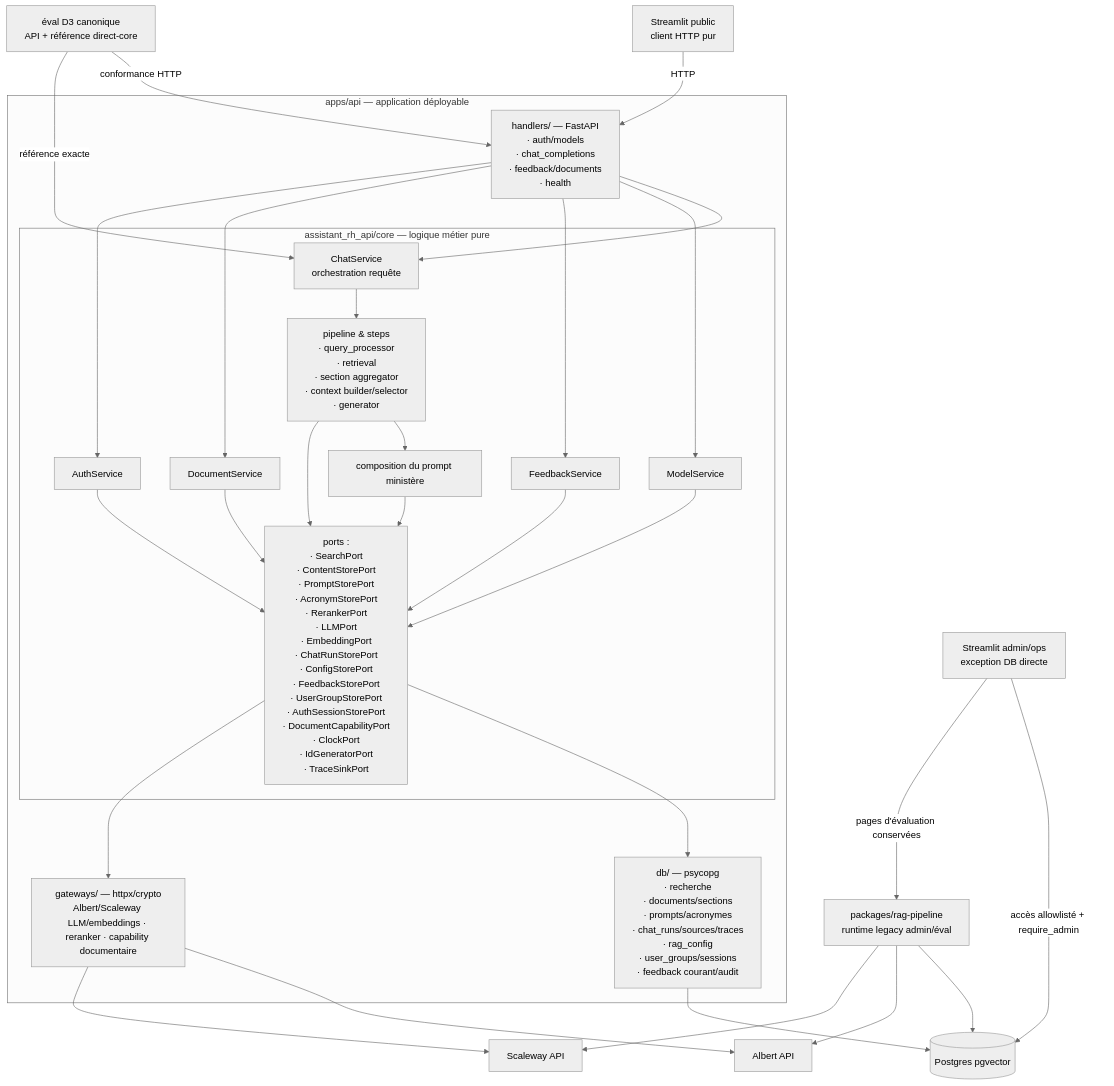
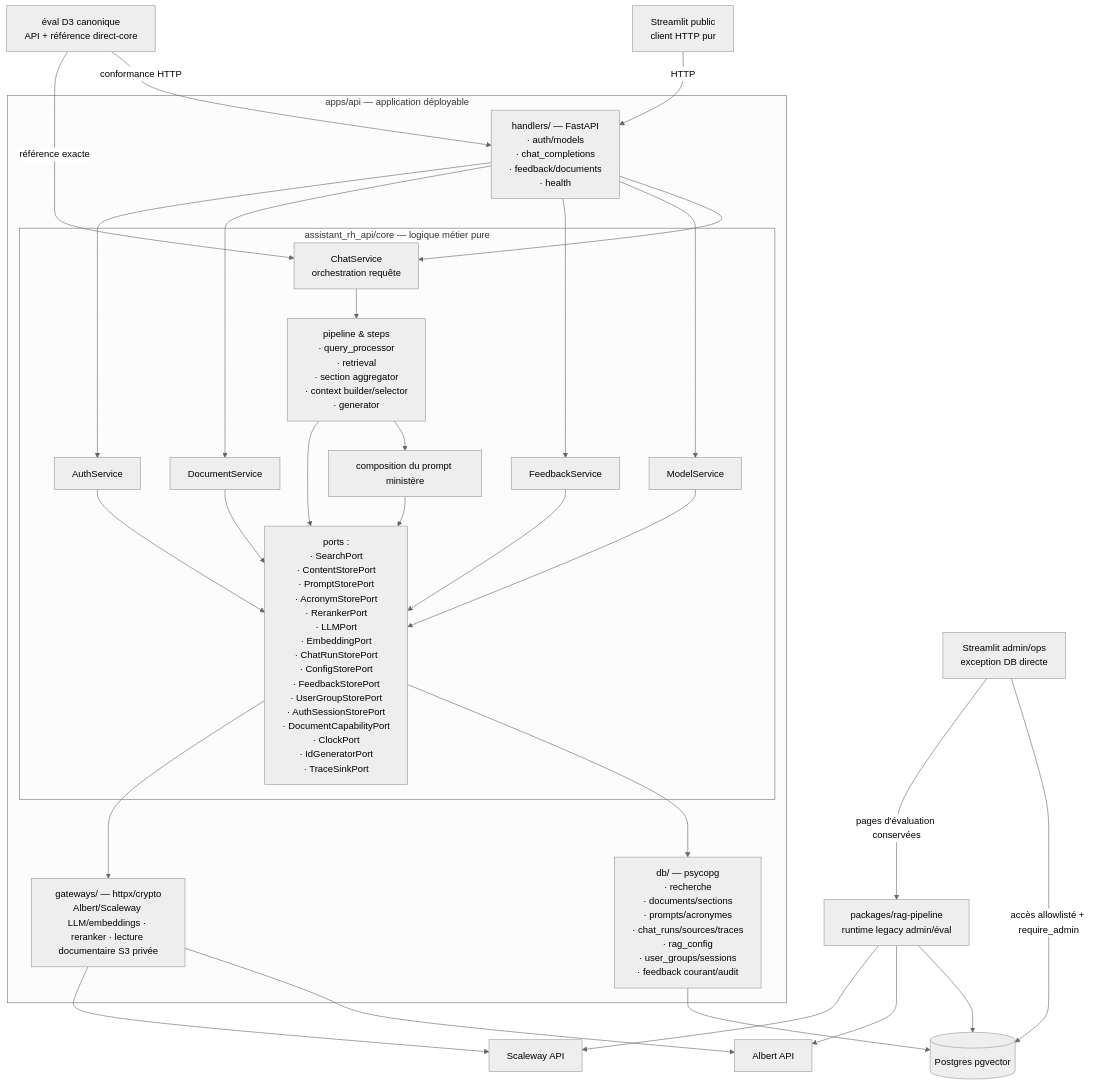
The diagram in docs/architecture/hexagonal-split/01-target-architecture.md (DGAFP/assistant-rh), drawn with Mermaid (neutral theme) before and after one commit. The commit also changed 29 other files, not shown here.

````diff
--- a/docs/architecture/hexagonal-split/01-target-architecture.md
+++ b/docs/architecture/hexagonal-split/01-target-architecture.md
@@ -7,57 +7,57 @@
 ```mermaid
 flowchart TB
     ST[Streamlit public<br/>client HTTP pur]
     ADMIN[Streamlit admin/ops<br/>exception DB directe]
     LEGACY[packages/rag-pipeline<br/>runtime legacy admin/éval]
     EV[éval D3 canonique<br/>API + référence direct-core]
 
     subgraph api ["apps/api — application déployable"]
         H[handlers/ — FastAPI<br/>· auth/models <br/>· chat_completions <br/>· feedback/documents <br/>· health]
 
         subgraph core ["assistant_rh_api/core — logique métier pure"]
             CS[ChatService<br/>orchestration requête]
             MS[ModelService]
             P[pipeline & steps<br/>· query_processor <br>· retrieval <br/> · section aggregator  <br/> · context builder/selector <br/> · generator]
             PP[composition du prompt ministère]
             PO[ports :<br/>· SearchPort <br/>· ContentStorePort<br/>· PromptStorePort <br/>· AcronymStorePort<br/>· RerankerPort <br/>· LLMPort <br/>· EmbeddingPort<br/>· ChatRunStorePort <br/>· ConfigStorePort<br/>· FeedbackStorePort<br/>· UserGroupStorePort<br/>· AuthSessionStorePort<br/>· DocumentCapabilityPort<br/>· ClockPort<br/>· IdGeneratorPort<br/>· TraceSinkPort]
 
 
             FS[FeedbackService]
 
             DS[DocumentService]
 
             AU[AuthService]
 
         end
 
         DB[db/ — psycopg<br/>· recherche <br> · documents/sections <br/> · prompts/acronymes<br/> · chat_runs/sources/traces <br> · rag_config <br/> · user_groups/sessions <br> · feedback courant/audit]
-        GW[gateways/ — httpx/crypto<br/>Albert/Scaleway LLM/embeddings · reranker · capability documentaire]
+        GW[gateways/ — httpx/crypto<br/>Albert/Scaleway LLM/embeddings · reranker · lecture documentaire S3 privée]
     end
 
     ST -->|HTTP| H
     H --> CS
     EV -->|conformance HTTP| H
     EV -->|référence exacte| CS
     CS --> P
     P --> PP
     H --> MS
     MS --> PO
     P --> PO
     PP --> PO
     PO --> DB
     PO --> GW
     DB --> PG[(Postgres pgvector)]
     ADMIN -->|accès allowlisté + require_admin| PG
     ADMIN -->|pages d'évaluation conservées| LEGACY
     LEGACY --> PG
     LEGACY --> ALB
     LEGACY --> SCW
     GW --> ALB[Albert API]
     GW --> SCW[Scaleway API]
     H --> FS
     FS --> PO
     H --> DS
     DS --> PO
     H --> AU
     AU --> PO
 ```
````
